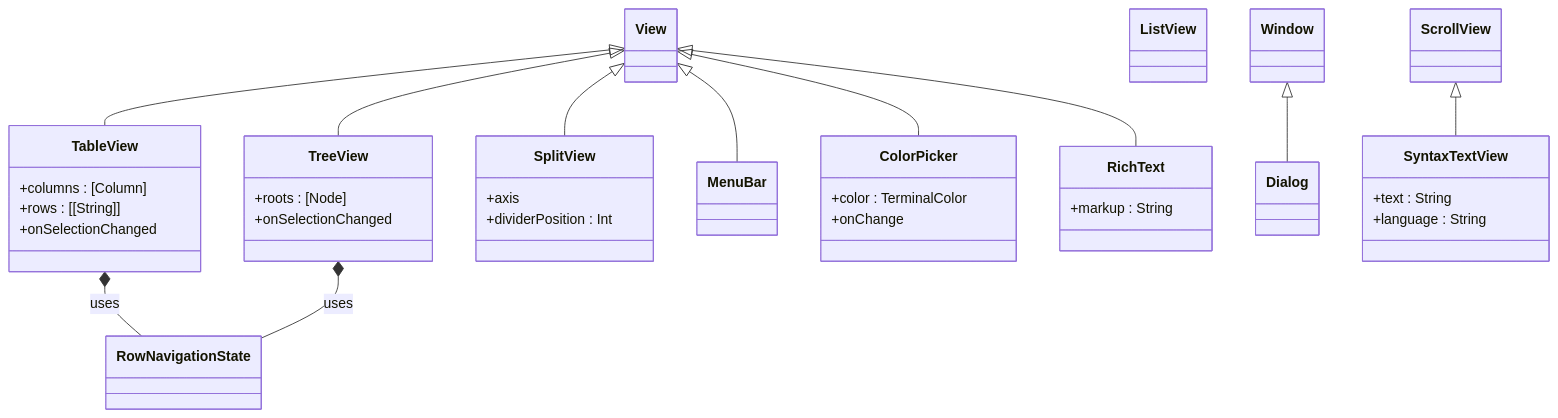
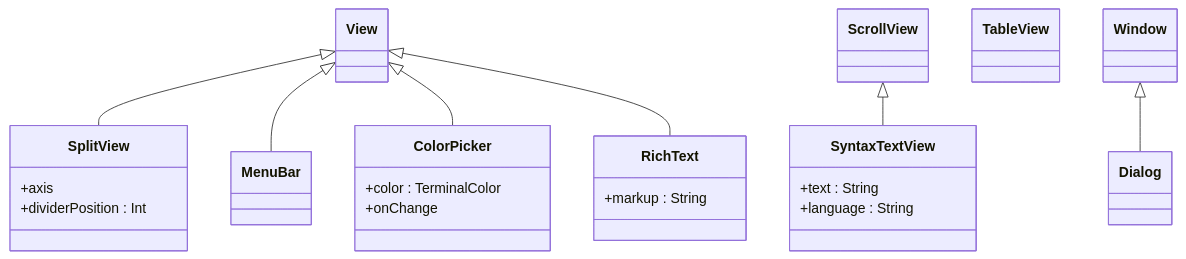
One commit to bobbyski/TUIKit changed the second of 2 diagrams in Docs/ControlsUML.md. Above: the diagram before and after it, drawn with Mermaid. The commit also changed other lines of this file and 5 other files, not shown here.

Commit message:
Table and tree

````diff
--- a/Docs/ControlsUML.md
+++ b/Docs/ControlsUML.md
@@ -189,47 +231,33 @@
 ```mermaid
 classDiagram
     direction TB
 
     class View
-    class ListView
-    class RowNavigationState
+    class ScrollView
+    class TableView
 
-    class ScrollView
-    class TableView {
-        +columns : [Column]
-        +rows : [[String]]
-        +onSelectionChanged
-    }
-    class TreeView {
-        +roots : [Node]
-        +onSelectionChanged
-    }
     class SplitView {
         +axis
         +dividerPosition : Int
     }
     class MenuBar
     class Dialog
     class ColorPicker {
         +color : TerminalColor
         +onChange
     }
     class RichText {
         +markup : String
     }
     class SyntaxTextView {
         +text : String
         +language : String
     }
 
-    View <|-- TableView
-    View <|-- TreeView
     View <|-- SplitView
     View <|-- MenuBar
     View <|-- ColorPicker
     View <|-- RichText
     ScrollView <|-- SyntaxTextView
     Window <|-- Dialog
-    TableView *-- RowNavigationState : uses
-    TreeView *-- RowNavigationState : uses
 ```
````
